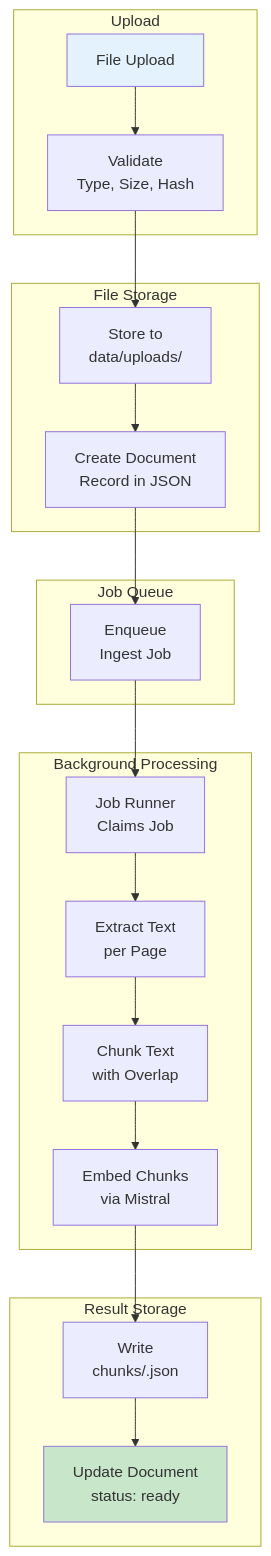
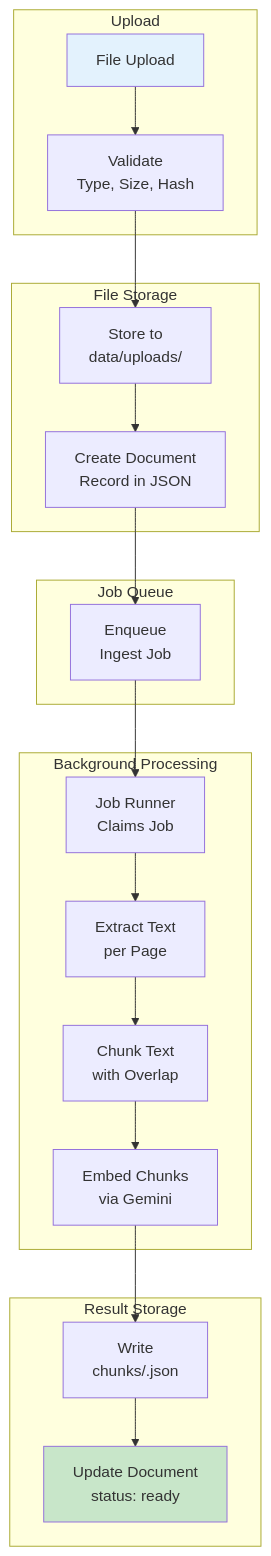
One commit to Nkululeko-data/ai-learning-assistant changed diagram 14 of 25 in SYSTEM-ARCHITECTURE.md. Above: the diagram before and after it, drawn with Mermaid. The commit also changed other lines of this file and 57 other files, not shown here.

````diff
--- a/SYSTEM-ARCHITECTURE.md
+++ b/SYSTEM-ARCHITECTURE.md
@@ -872,42 +872,42 @@
 ```mermaid
 flowchart TD
     subgraph Upload
         F[File Upload]
         V[Validate<br/>Type, Size, Hash]
     end
     
     subgraph "File Storage"
         STOR[Store to<br/>data/uploads/]
         META[Create Document<br/>Record in JSON]
     end
     
     subgraph "Job Queue"
         ENQ[Enqueue<br/>Ingest Job]
     end
     
     subgraph "Background Processing"
         CLM[Job Runner<br/>Claims Job]
         EXT[Extract Text<br/>per Page]
         CHK[Chunk Text<br/>with Overlap]
-        EMBD[Embed Chunks<br/>via Mistral]
+        EMBD[Embed Chunks<br/>via Gemini]
     end
     
     subgraph "Result Storage"
         WC[Write<br/>chunks/<id>.json]
         UD[Update Document<br/>status: ready]
     end
     
     F --> V
     V --> STOR
     STOR --> META
     META --> ENQ
     ENQ --> CLM
     CLM --> EXT
     EXT --> CHK
     CHK --> EMBD
     EMBD --> WC
     WC --> UD
     
     style F fill:#e3f2fd
     style UD fill:#c8e6c9
 ```
````
